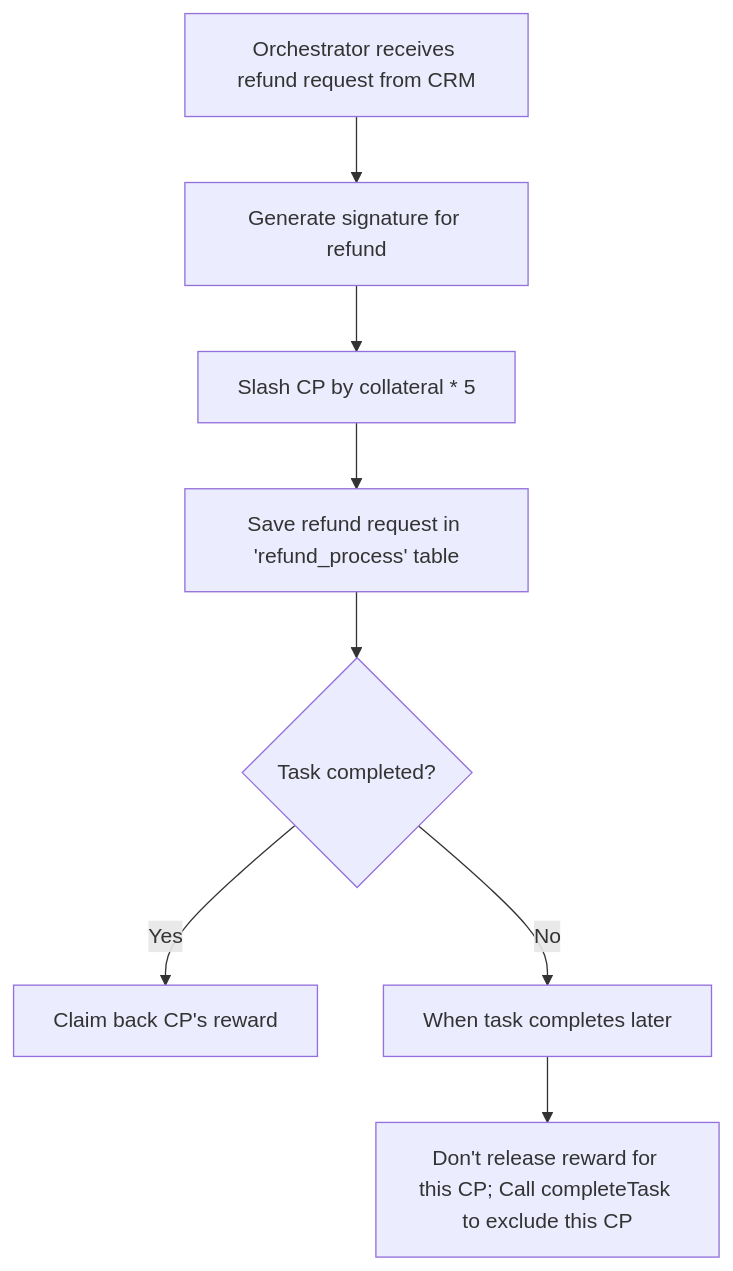
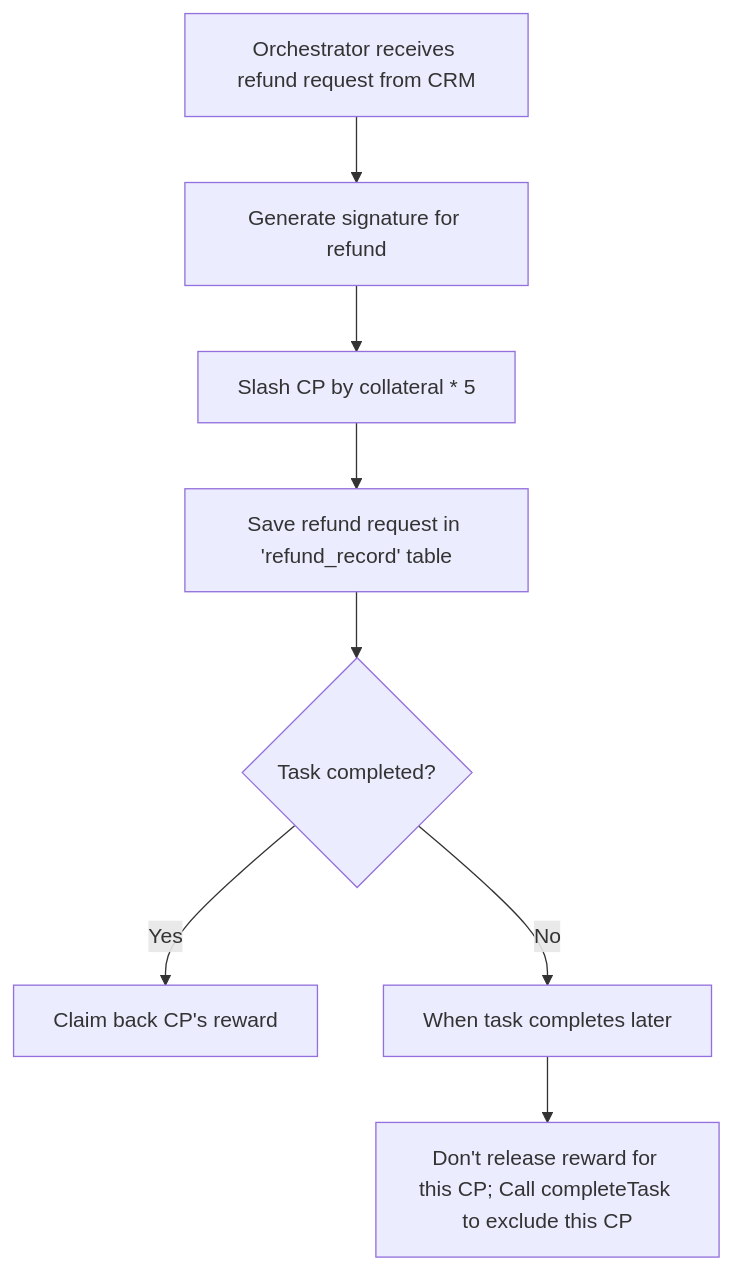
The third of 3 diagrams in drafts/crm/refund_request_v2.md (alphaflows/workbench), drawn with Mermaid before and after one commit. The commit also changed other lines of this file, not shown here.

Commit message:
update refund logic

````diff
--- a/drafts/crm/refund_request_v2.md
+++ b/drafts/crm/refund_request_v2.md
@@ -51,10 +53,10 @@
 ```mermaid
 graph TD
     A[Orchestrator receives refund request from CRM] --> B[Generate signature for refund]
     B --> C[Slash CP by collateral * 5]
-    C --> D[Save refund request in 'refund_process' table]
+    C --> D[Save refund request in 'refund_record' table]
     D --> E{Task completed?}
     E -->|Yes| F[Claim back CP's reward]
     E -->|No| G[When task completes later]
     G --> H[Don't release reward for this CP; Call completeTask to exclude this CP]
 ```
````
